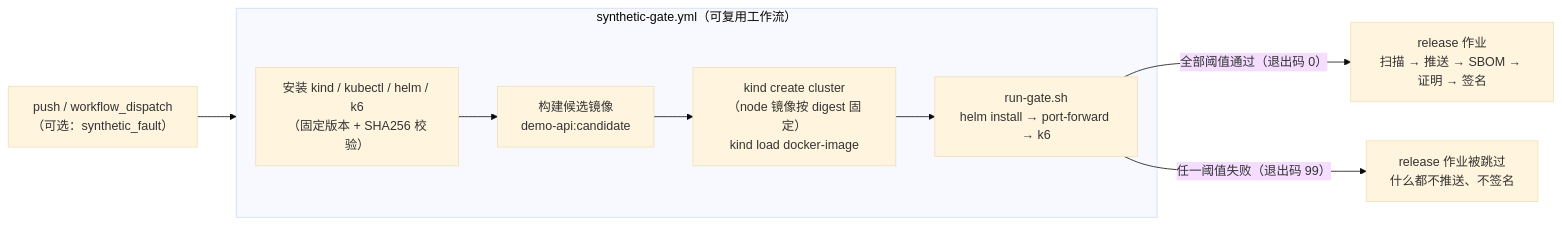
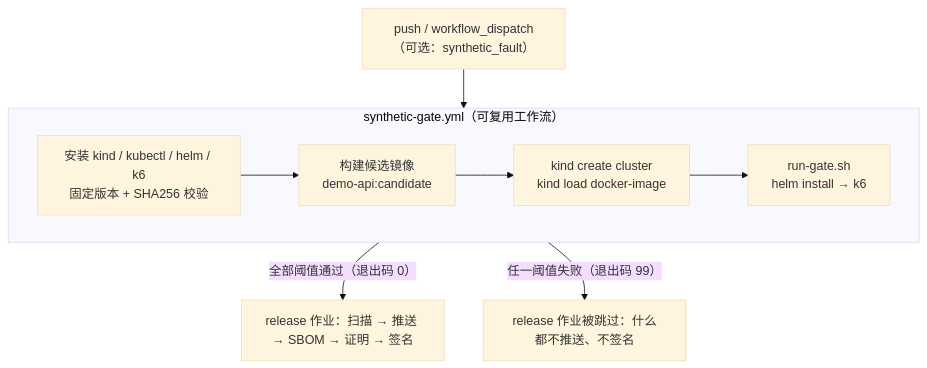
Before and after one commit to miku-wwl/devops-delivery: the diagram in manual/chapters/11-p9-synthetic-gate.md, drawn with Mermaid (base theme). The commit also changed other lines of this file and 24 other files, not shown here.

````diff
--- a/manual/chapters/11-p9-synthetic-gate.md
+++ b/manual/chapters/11-p9-synthetic-gate.md
@@ -82,11 +89,12 @@
 ```{.mermaid caption="发布流水线：合成测试门禁成为发布作业的前置条件"}
-flowchart LR
-  P["push / workflow_dispatch<br/>（可选：synthetic_fault）"] --> G
+flowchart TB
+  P["push / workflow_dispatch（可选：synthetic_fault）"] --> G
   subgraph G["synthetic-gate.yml（可复用工作流）"]
-    T["安装 kind / kubectl / helm / k6<br/>（固定版本 + SHA256 校验）"] --> B["构建候选镜像<br/>demo-api:candidate"]
-    B --> K["kind create cluster<br/>（node 镜像按 digest 固定）<br/>kind load docker-image"]
-    K --> R["run-gate.sh<br/>helm install → port-forward → k6"]
+    direction LR
+    T["安装 kind / kubectl / helm / k6<br/>固定版本 + SHA256 校验"] --> B["构建候选镜像<br/>demo-api:candidate"]
+    B --> K["kind create cluster<br/>kind load docker-image"]
+    K --> R["run-gate.sh<br/>helm install → k6"]
   end
-  R -- "全部阈值通过（退出码 0）" --> REL["release 作业<br/>扫描 → 推送 → SBOM → 证明 → 签名"]
-  R -- "任一阈值失败（退出码 99）" --> X["release 作业被跳过<br/>什么都不推送、不签名"]
+  G -- "全部阈值通过（退出码 0）" --> REL["release 作业：扫描 → 推送 → SBOM → 证明 → 签名"]
+  G -- "任一阈值失败（退出码 99）" --> X["release 作业被跳过：什么都不推送、不签名"]
 ```
````
